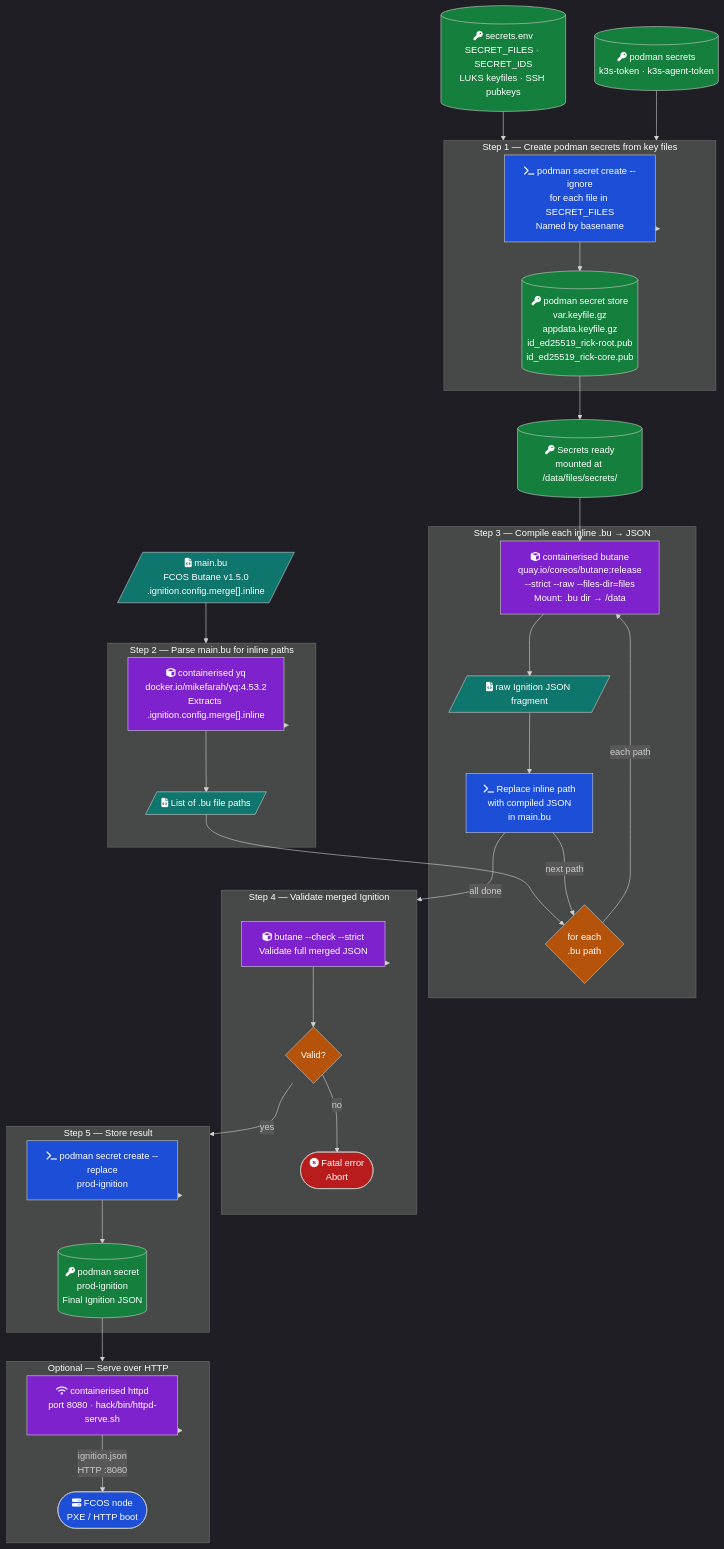
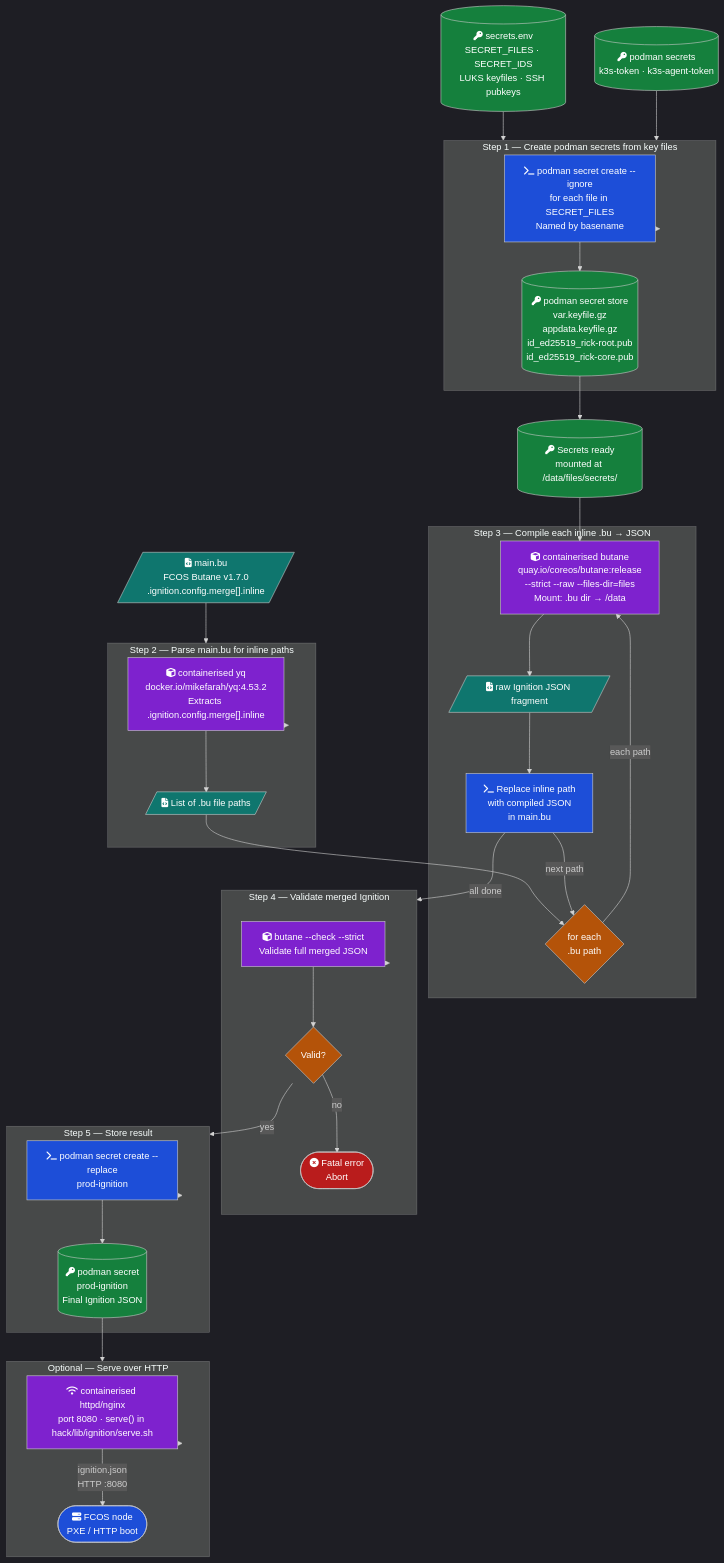
One commit to s-fairchild/forge changed the first of 2 diagrams in docs/ignition-pipeline.md. Above: the diagram before and after it, drawn with Mermaid. The commit also changed other lines of this file and 3 other files, not shown here.

```diff
--- a/docs/ignition-pipeline.md
+++ b/docs/ignition-pipeline.md
@@ -29,7 +29,7 @@
 %%{init: {'theme': 'dark'}}%%
 flowchart TD
     SECRETSENV[("fa:fa-key secrets.env\nSECRET_FILES · SECRET_IDS\nLUKS keyfiles · SSH pubkeys")]
-    MAINBU[/"fa:fa-file-code main.bu\nFCOS Butane v1.5.0\n.ignition.config.merge[].inline"/]
+    MAINBU[/"fa:fa-file-code main.bu\nFCOS Butane v1.7.0\n.ignition.config.merge[].inline"/]
     TOKENS[("fa:fa-key podman secrets\nk3s-token · k3s-agent-token")]
 
     subgraph STEP1["Step 1 — Create podman secrets from key files"]
@@ -63,7 +63,7 @@
     end
 
     subgraph SERVE["Optional — Serve over HTTP"]
-        HTTPD["fa:fa-wifi containerised httpd\nport 8080 · hack/bin/httpd-serve.sh"]
+        HTTPD["fa:fa-wifi containerised httpd/nginx\nport 8080 · serve() in hack/lib/ignition/serve.sh"]
         NODE(["fa:fa-server FCOS node\nPXE / HTTP boot"])
     end
 
```
